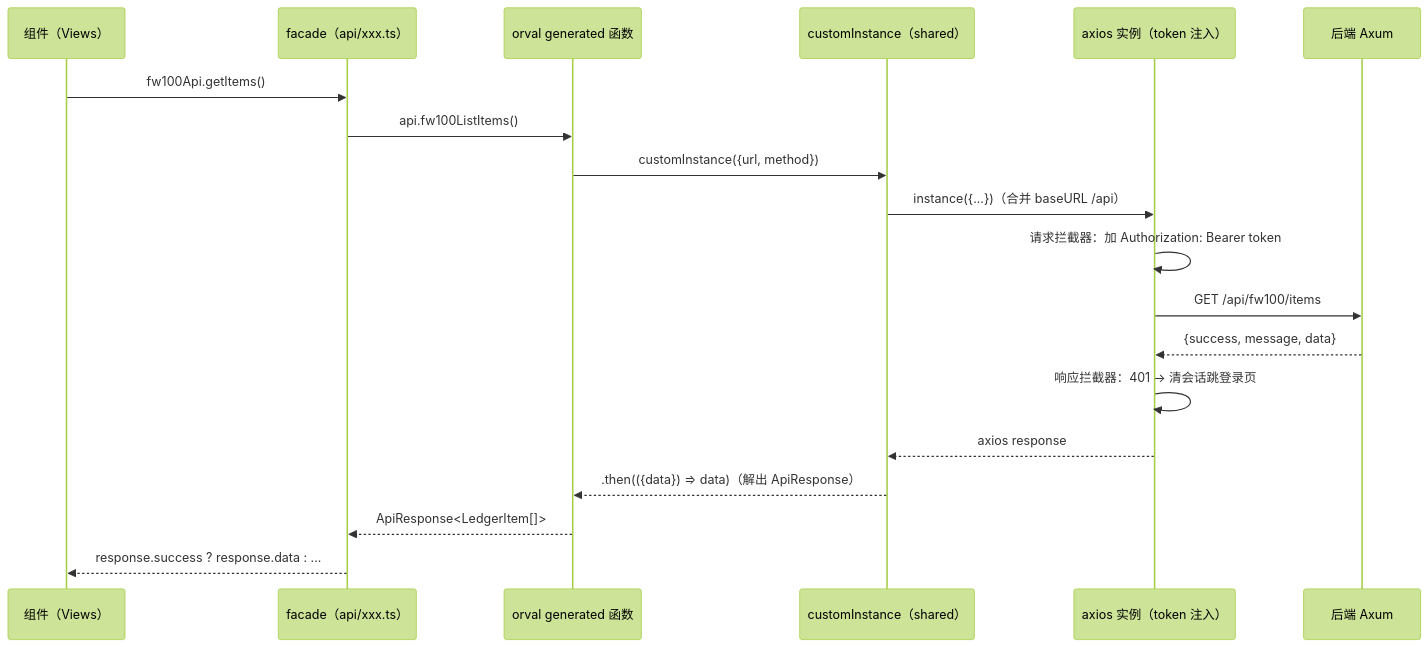
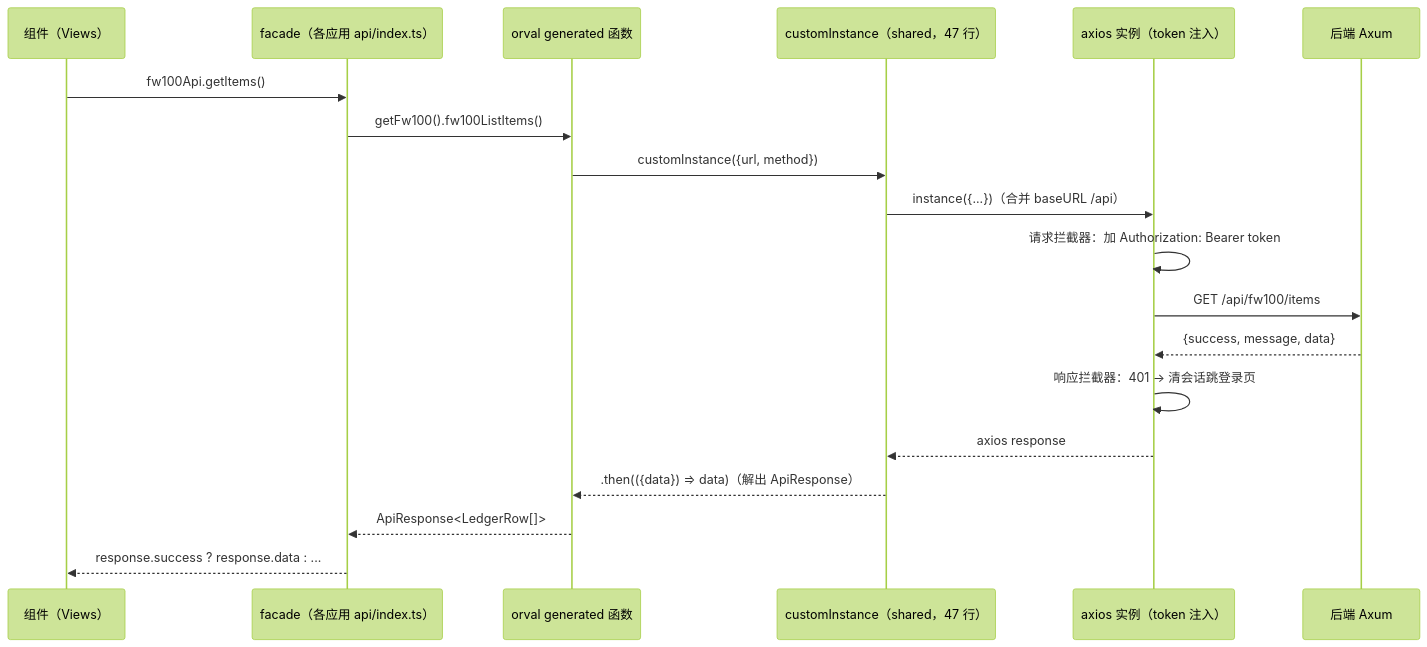
The third of 6 diagrams in docs/tutorial/04-Vue3与TS语法速成.md (3123958139/RustWeb-Vue), drawn with Mermaid (forest theme) before and after one commit. The commit also changed other lines of this file and 8 other files, not shown here.

````diff
--- a/docs/tutorial/04-Vue3与TS语法速成.md
+++ b/docs/tutorial/04-Vue3与TS语法速成.md
@@ -974,21 +1258,21 @@
 ```mermaid
 sequenceDiagram
     participant C as 组件（Views）
-    participant F as facade（api/xxx.ts）
+    participant F as facade（各应用 api/index.ts）
     participant G as orval generated 函数
-    participant I as customInstance（shared）
+    participant I as customInstance（shared，47 行）
     participant A as axios 实例（token 注入）
     participant B as 后端 Axum
     C->>F: fw100Api.getItems()
-    F->>G: api.fw100ListItems()
+    F->>G: getFw100().fw100ListItems()
     G->>I: customInstance({url, method})
     I->>A: instance({...})（合并 baseURL /api）
     A->>A: 请求拦截器：加 Authorization: Bearer token
     A->>B: GET /api/fw100/items
     B-->>A: {success, message, data}
     A->>A: 响应拦截器：401 → 清会话跳登录页
     A-->>I: axios response
     I-->>G: .then(({data}) => data)（解出 ApiResponse）
-    G-->>F: ApiResponse<LedgerItem[]>
+    G-->>F: ApiResponse<LedgerRow[]>
     F-->>C: response.success ? response.data : ...
 ```
````
